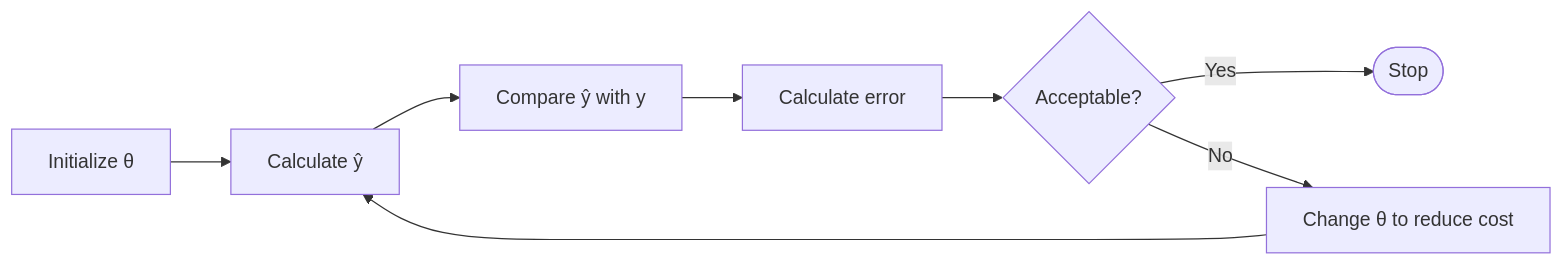
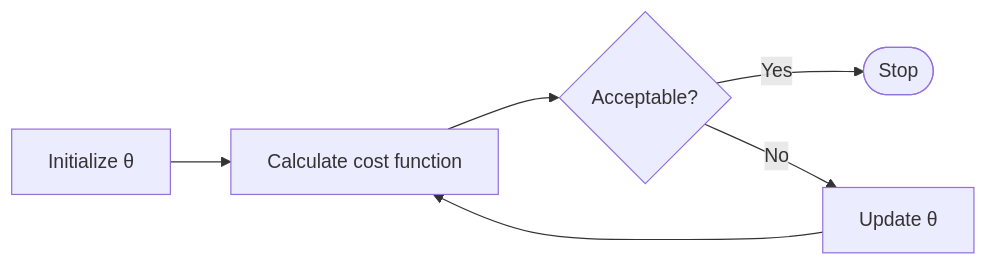
One commit to uni-notes/uni-notes changed the diagram in docs/CS_Electives/Machine_Learning/06_Optimization.md. Above: the diagram before and after it, drawn with Mermaid. The commit also changed other lines of this file and 410 other files, not shown here.

````diff
--- a/docs/CS_Electives/Machine_Learning/06_Optimization.md
+++ b/docs/CS_Electives/Machine_Learning/06_Optimization.md
@@ -3,13 +9,11 @@
 ```mermaid
 flowchart LR
 i[Initialize θ] -->
-calc[Calculate ŷ] -->
-compare[Compare ŷ with y] -->
-error[Calculate error] -->
+j[Calculate cost function] -->
 a{Acceptable?} -->
 |Yes| stop([Stop])
 
 a -->
-|No| change[Change θ to reduce cost] -->
-calc
+|No| change[Update θ] -->
+j
 ```
````
